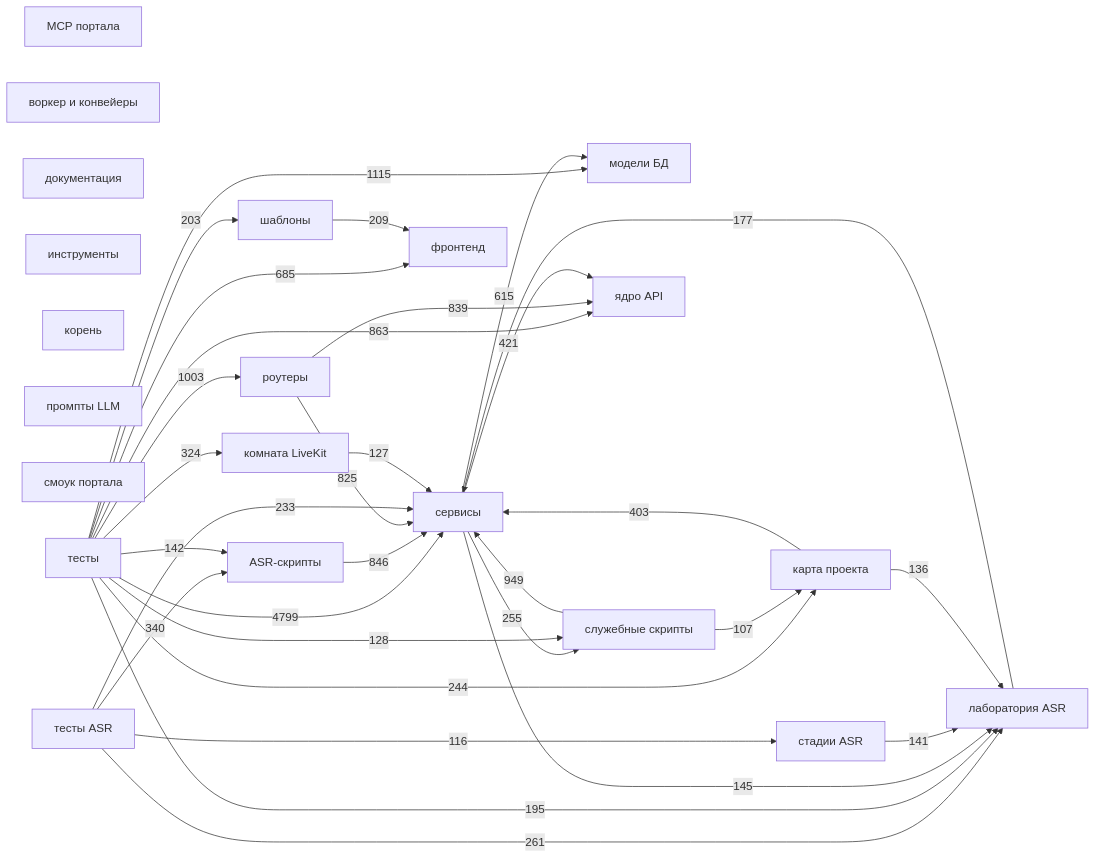
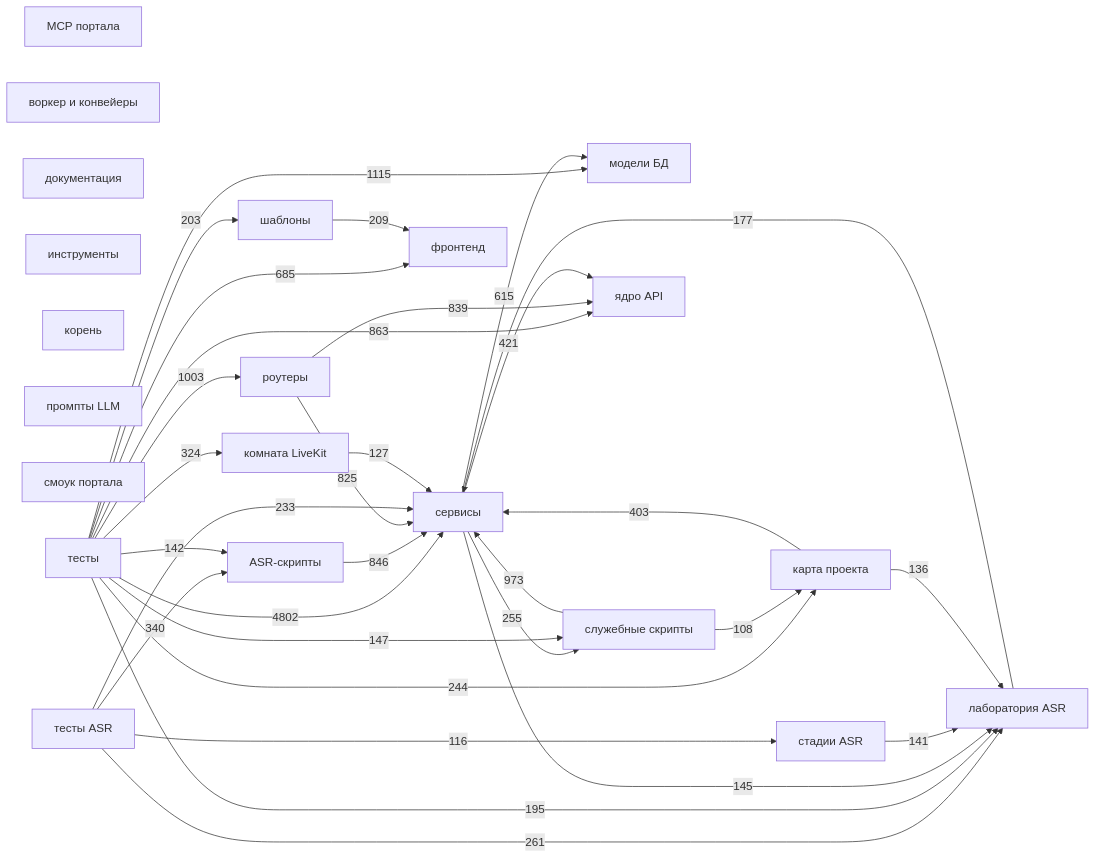
One commit to Avosya21/SKKKK changed the diagram in docs/project-map/DEPENDENCIES.md. Above: the diagram before and after it, drawn with Mermaid. The commit also changed other lines of this file and 7 other files, not shown here.

````diff
--- a/docs/project-map/DEPENDENCIES.md
+++ b/docs/project-map/DEPENDENCIES.md
@@ -105,54 +105,54 @@
 ```mermaid
 flowchart LR
   g0["ASR-скрипты"]
   g1["MCP портала"]
   g2["воркер и конвейеры"]
   g3["документация"]
   g4["инструменты"]
   g5["карта проекта"]
   g6["комната LiveKit"]
   g7["корень"]
   g8["лаборатория ASR"]
   g9["модели БД"]
   g10["промпты LLM"]
   g11["роутеры"]
   g12["сервисы"]
   g13["служебные скрипты"]
   g14["смоук портала"]
   g15["стадии ASR"]
   g16["тесты"]
   g17["тесты ASR"]
   g18["фронтенд"]
   g19["шаблоны"]
   g20["ядро API"]
-  g16 -->|4799| g12
+  g16 -->|4802| g12
   g16 -->|1115| g9
   g16 -->|1003| g11
-  g13 -->|949| g12
+  g13 -->|973| g12
   g16 -->|863| g20
   g0 -->|846| g12
   g11 -->|839| g20
   g11 -->|825| g12
   g16 -->|685| g18
   g12 -->|615| g9
   g12 -->|421| g20
   g5 -->|403| g12
   g17 -->|340| g0
   g16 -->|324| g6
   g17 -->|261| g8
   g12 -->|255| g13
   g16 -->|244| g5
   g17 -->|233| g12
   g19 -->|209| g18
   g16 -->|203| g19
   g16 -->|195| g8
   g8 -->|177| g12
+  g16 -->|147| g13
   g12 -->|145| g8
   g16 -->|142| g0
   g15 -->|141| g8
   g5 -->|136| g8
-  g16 -->|128| g13
   g6 -->|127| g12
   g17 -->|116| g15
-  g13 -->|107| g5
+  g13 -->|108| g5
 ```
````
